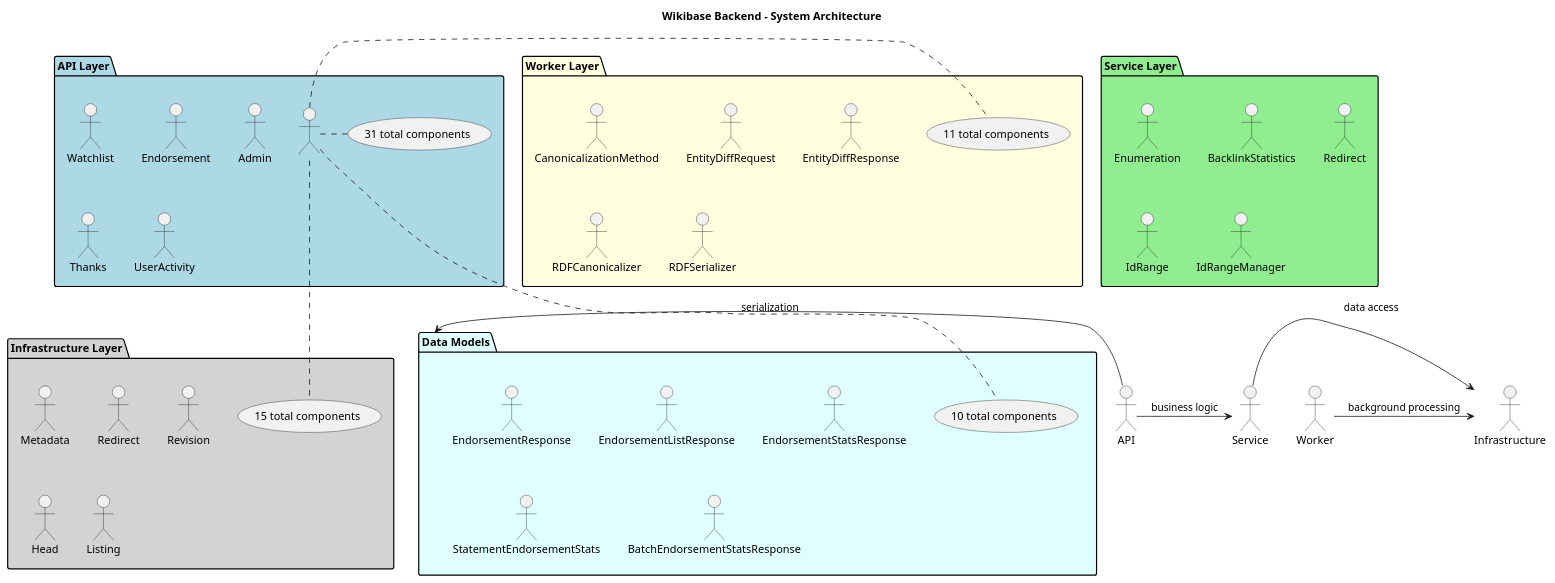
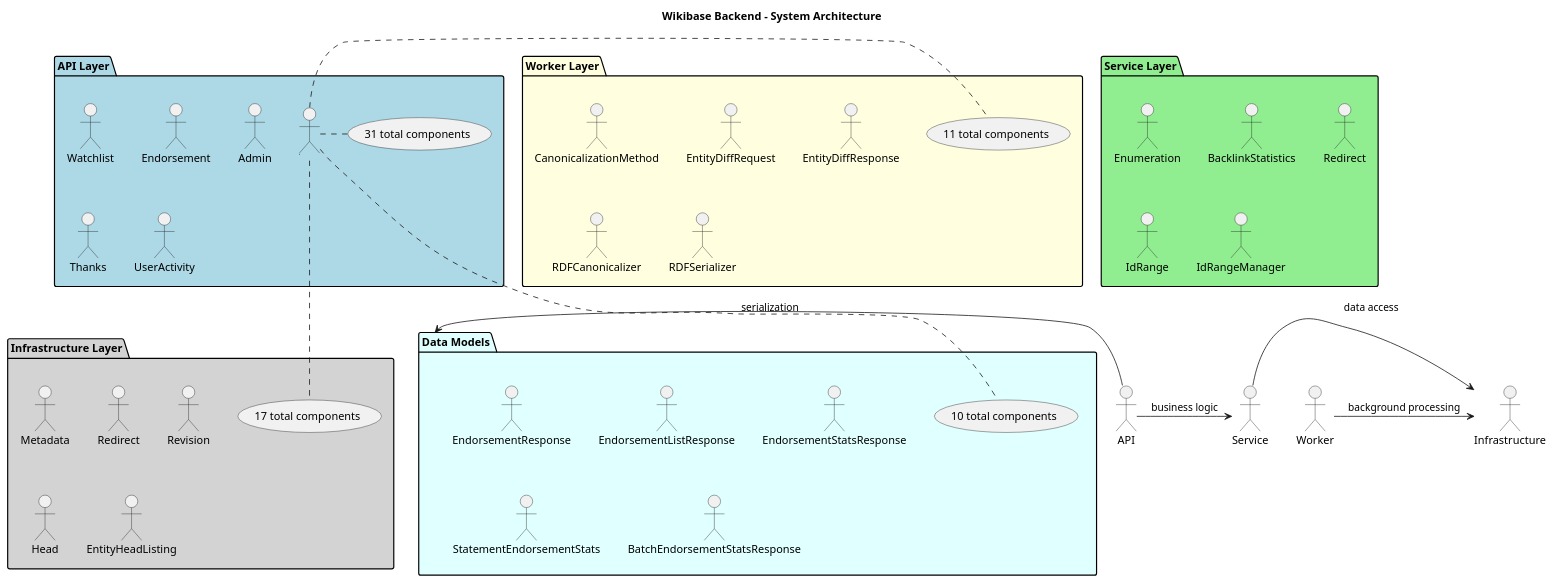
Before and after one commit to dpriskorn/entitybase-backend: the diagram in doc/DIAGRAMS/system_architecture.puml, drawn with PlantUML. The commit also changed 10 other files, not shown here.

```diff
--- a/doc/DIAGRAMS/system_architecture.puml
+++ b/doc/DIAGRAMS/system_architecture.puml
@@ -1,56 +1,56 @@
 @startuml System Architecture
 
 title Wikibase Backend - System Architecture
 
 package "API Layer" as APILayer #LightBlue {
     "Watchlist" as WatchlistHandler
     "Endorsement" as EndorsementHandler
     "Admin" as AdminHandler
     "Thanks" as ThanksHandler
     "UserActivity" as UserActivityHandler
     ... (31 total components)
 }
 
 package "Service Layer" as ServiceLayer #LightGreen {
     "Enumeration" as EnumerationService
     "BacklinkStatistics" as BacklinkStatisticsService
     "Redirect" as RedirectService
     "IdRange" as IdRange
     "IdRangeManager" as IdRangeManager
 }
 
 package "Worker Layer" as WorkerLayer #LightYellow {
     "CanonicalizationMethod" as CanonicalizationMethod
     "EntityDiffRequest" as EntityDiffRequest
     "EntityDiffResponse" as EntityDiffResponse
     "RDFCanonicalizer" as RDFCanonicalizer
     "RDFSerializer" as RDFSerializer
     ... (11 total components)
 }
 
 package "Infrastructure Layer" as InfrastructureLayer #LightGray {
     "Metadata" as MetadataRepository
     "Redirect" as RedirectRepository
     "Revision" as RevisionRepository
     "Head" as HeadRepository
-    "Listing" as ListingRepository
-    ... (15 total components)
+    "EntityHeadListing" as EntityHeadListing
+    ... (17 total components)
 }
 
 package "Data Models" as DataModels #LightCyan {
     "EndorsementResponse" as EndorsementResponse
     "EndorsementListResponse" as EndorsementListResponse
     "EndorsementStatsResponse" as EndorsementStatsResponse
     "StatementEndorsementStats" as StatementEndorsementStats
     "BatchEndorsementStatsResponse" as BatchEndorsementStatsResponse
     ... (10 total components)
 }
 
 
 ' Relationships
 API -> Service : business logic
 Service -> Infrastructure : data access
 Worker -> Infrastructure : background processing
 API -> DataModels : serialization
 
 @enduml
```
